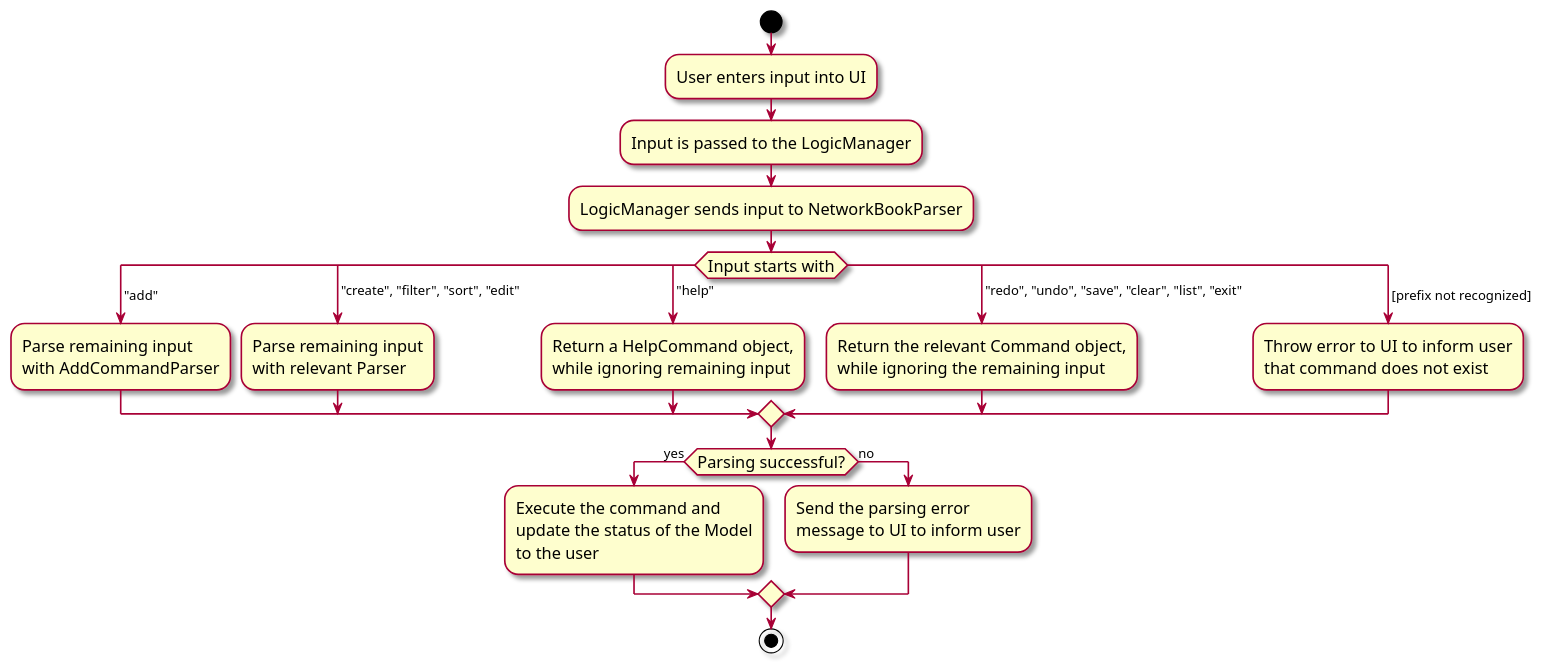
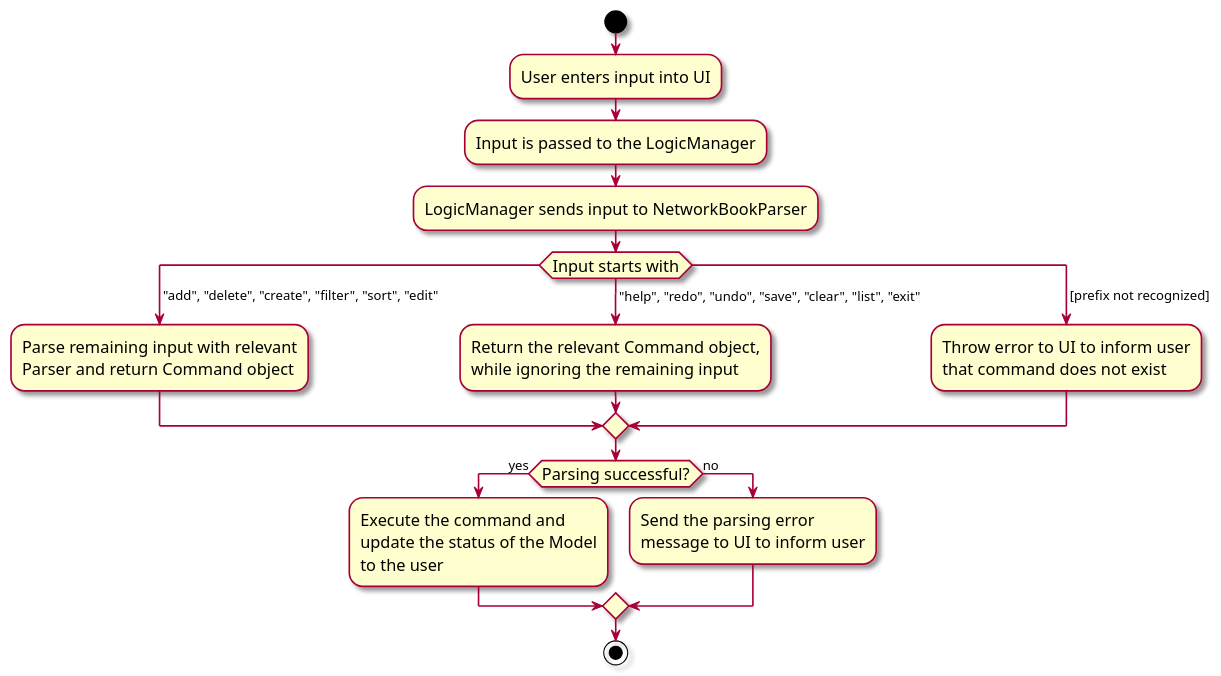
Before and after one commit to nus-cs2103-AY2324S1/tp: the diagram in docs/diagrams/AddressBookParser.puml, drawn with PlantUML. The commit also changed 1 other file, not shown here.

Commit message:
Simplify NetworkBookParser diagram

```diff
--- a/docs/diagrams/AddressBookParser.puml
+++ b/docs/diagrams/AddressBookParser.puml
@@ -1,40 +1,34 @@
 @startuml
 skin rose
 skinparam ActivityFontSize 15
 skinparam ArrowFontSize 12
 start
 :User enters input into UI;
 :Input is passed to the LogicManager;
 :LogicManager sends input to NetworkBookParser;
 
 'Since the beta syntax does not support placing the condition outside the
 'diamond we place it as the true branch instead.
 
 switch (Input starts with)
-case ( "add")
-    :Parse remaining input
-    with AddCommandParser;
-case ( "create", "filter", "sort", "edit")
-    :Parse remaining input
-    with relevant Parser;
-case ( "help")
-    :Return a HelpCommand object,
-    while ignoring remaining input;
-case ( "redo", "undo", "save", "clear", "list", "exit")
+case ( "add", "delete", "create", "filter", "sort", "edit")
+    :Parse remaining input with relevant
+    Parser and return Command object;
+case ( "help", "redo", "undo", "save", "clear", "list", "exit")
     :Return the relevant Command object,
     while ignoring the remaining input;
 case ( [prefix not recognized])
     :Throw error to UI to inform user
     that command does not exist;
 endswitch
 
 if (Parsing successful?) is (yes) then
   :Execute the command and
   update the status of the Model
   to the user;
 else (no)
   :Send the parsing error
   message to UI to inform user;
 endif
 stop
 @enduml
```
